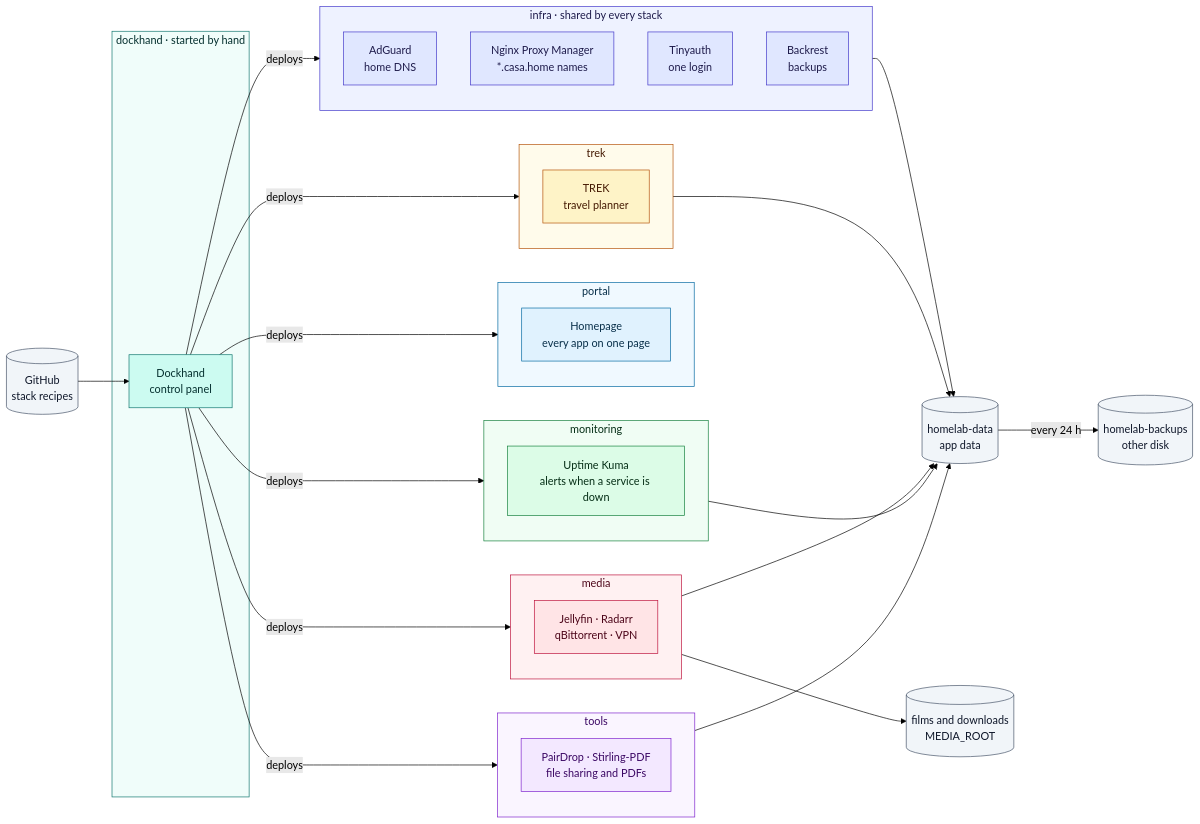
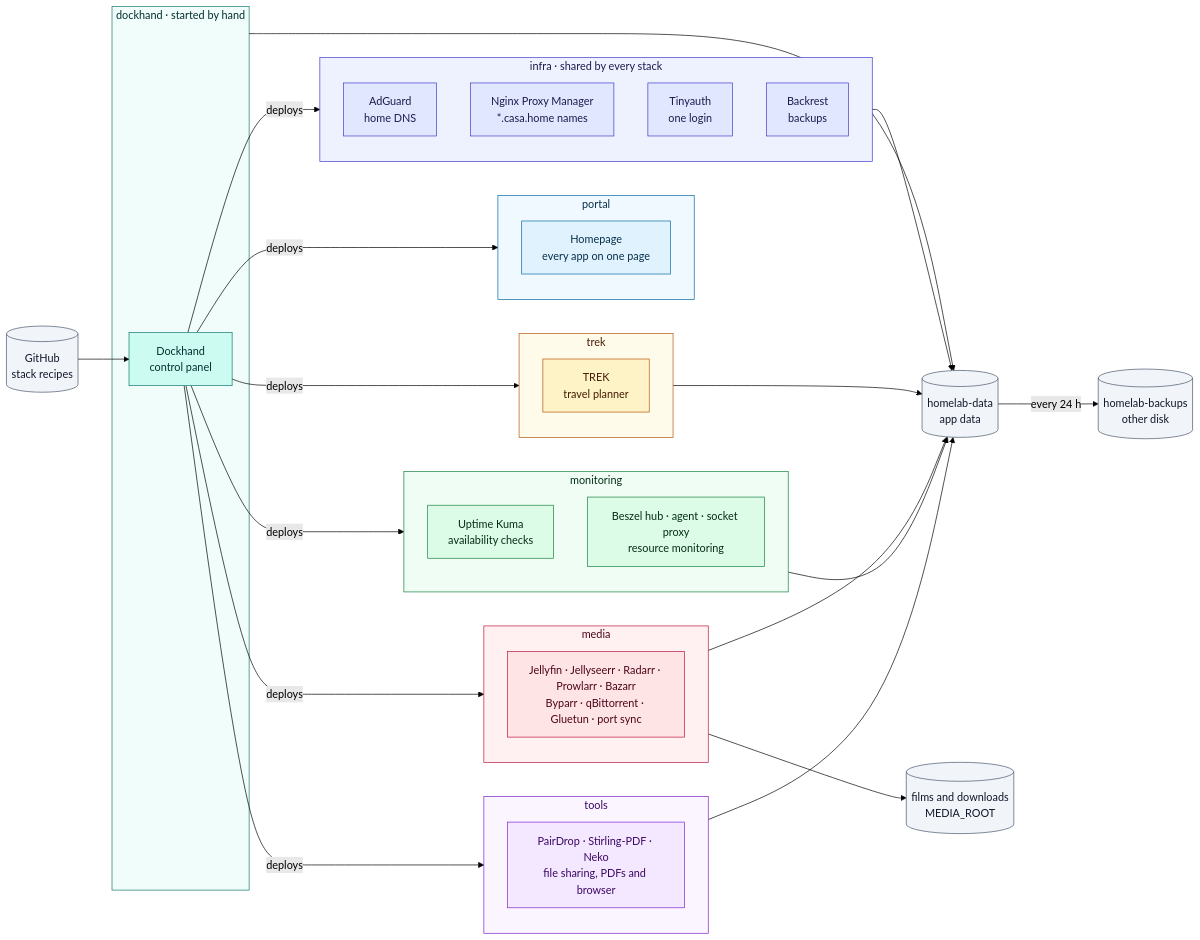
Before and after one commit to c4rl0s04/homelab: the diagram in README.md, drawn with Mermaid (forest theme). The commit also changed other lines of this file and 6 other files, not shown here.

````diff
--- a/README.md
+++ b/README.md
@@ -7,73 +7,74 @@
 ```mermaid
 flowchart LR
   git[("GitHub<br/>stack recipes")]
 
   subgraph DOCKHAND["dockhand · started by hand"]
     dockhand["Dockhand<br/>control panel"]
   end
 
   subgraph INFRA["infra · shared by every stack"]
     adguard["AdGuard<br/>home DNS"]
     npm["Nginx Proxy Manager<br/>*.casa.home names"]
     tinyauth["Tinyauth<br/>one login"]
     backrest["Backrest<br/>backups"]
   end
 
   subgraph TREK["trek"]
     trek["TREK<br/>travel planner"]
   end
 
   subgraph MONITORING["monitoring"]
-    kuma["Uptime Kuma<br/>alerts when a service is down"]
+    kuma["Uptime Kuma<br/>availability checks"]
+    beszel["Beszel hub · agent · socket proxy<br/>resource monitoring"]
   end
 
   subgraph PORTAL["portal"]
     homepage["Homepage<br/>every app on one page"]
   end
 
   subgraph TOOLS["tools"]
-    tools["PairDrop · Stirling-PDF<br/>file sharing and PDFs"]
+    tools["PairDrop · Stirling-PDF · Neko<br/>file sharing, PDFs and browser"]
   end
 
   subgraph MEDIA["media"]
-    media["Jellyfin · Radarr<br/>qBittorrent · VPN"]
+    media["Jellyfin · Jellyseerr · Radarr · Prowlarr · Bazarr<br/>Byparr · qBittorrent · Gluetun · port sync"]
   end
 
   data[("homelab-data<br/>app data")]
   backups[("homelab-backups<br/>other disk")]
 
   git --> dockhand
   dockhand -- deploys --> INFRA
   dockhand -- deploys --> TREK
   dockhand -- deploys --> MEDIA
   dockhand -- deploys --> MONITORING
   dockhand -- deploys --> PORTAL
   dockhand -- deploys --> TOOLS
-  INFRA & TREK & MEDIA & MONITORING & TOOLS --> data
+  DOCKHAND & INFRA & TREK & MEDIA & MONITORING & TOOLS --> data
   MEDIA --> films[("films and downloads<br/>MEDIA_ROOT")]
   data -- every 24 h --> backups
 
   classDef manager fill:#ccfbf1,stroke:#0f766e,color:#042f2e
   classDef infra fill:#e0e7ff,stroke:#4338ca,color:#1e1b4b
   classDef trek fill:#fef3c7,stroke:#b45309,color:#451a03
   classDef media fill:#ffe4e6,stroke:#be123c,color:#4c0519
   classDef monitoring fill:#dcfce7,stroke:#15803d,color:#052e16
   classDef portal fill:#e0f2fe,stroke:#0369a1,color:#082f49
   classDef tools fill:#f3e8ff,stroke:#7e22ce,color:#3b0764
   classDef storage fill:#f1f5f9,stroke:#475569,color:#0f172a
   class dockhand manager
   class adguard,npm,backrest,tinyauth infra
   class trek trek
   class media media
-  class kuma monitoring
+  class kuma,beszel monitoring
   class homepage portal
   class tools tools
   class git,data,backups,films storage
   style DOCKHAND fill:#f0fdfa,stroke:#0f766e,color:#042f2e
   style INFRA fill:#eef2ff,stroke:#4338ca,color:#1e1b4b
   style TREK fill:#fffbeb,stroke:#b45309,color:#451a03
   style MEDIA fill:#fff1f2,stroke:#be123c,color:#4c0519
   style MONITORING fill:#f0fdf4,stroke:#15803d,color:#052e16
   style PORTAL fill:#f0f9ff,stroke:#0369a1,color:#082f49
   style TOOLS fill:#faf5ff,stroke:#7e22ce,color:#3b0764
 ```
````
